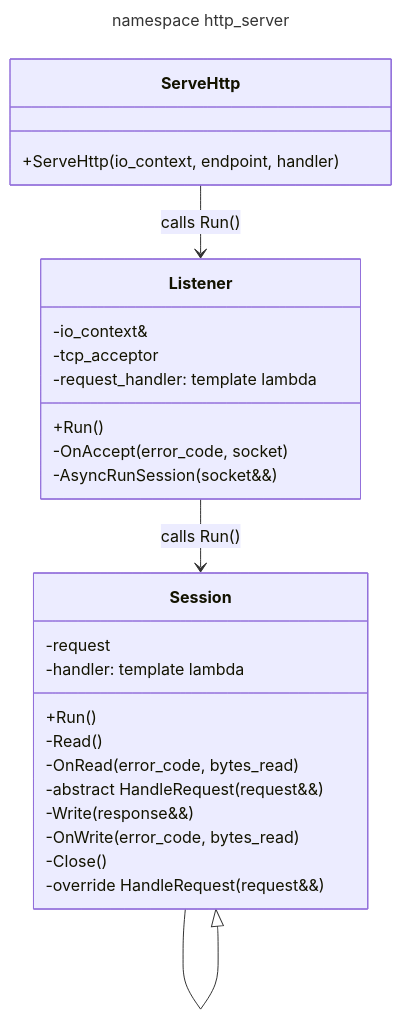
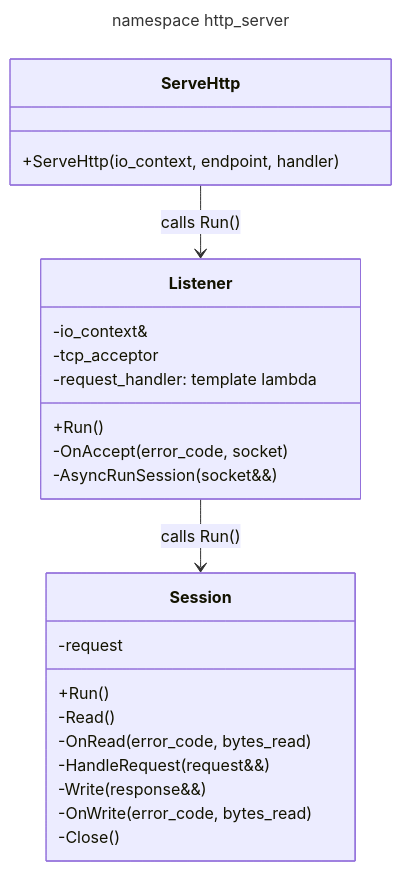
The first of 3 diagrams in uml_diagrams.md (LeeDoor/game_webserver), drawn with Mermaid before and after one commit. The commit also changed 2 other files, not shown here.

Commit message:
template_type_of_response

````diff
--- a/uml_diagrams.md
+++ b/uml_diagrams.md
@@ -5,35 +5,30 @@
 ```mermaid
 ---
 title: namespace http_server
 ---
 classDiagram
-class ServeHttp{
-+ServeHttp(io_context, endpoint, handler)
-}
-class Listener{
-+Run()
--OnAccept(error_code, socket)
--AsyncRunSession(socket&&)
--io_context&
--tcp_acceptor
--request_handler: template lambda
-}
-class Session{
-+Run()
--Read()
--OnRead(error_code, bytes_read)
--abstract HandleRequest(request&&)
--Write(response&&)
--OnWrite(error_code, bytes_read)
--Close()
--request
-}
-class Session{
--override HandleRequest(request&&)
--handler: template lambda
-}
+    class ServeHttp{
+        +ServeHttp(io_context, endpoint, handler)
+    }
+    class Listener{
+        +Run()
+        -OnAccept(error_code, socket)
+        -AsyncRunSession(socket&&)
+        -io_context&
+        -tcp_acceptor
+        -request_handler: template lambda
+    }
+    class Session{
+        +Run()
+        -Read()
+        -OnRead(error_code, bytes_read)
+        -HandleRequest(request&&)
+        -Write(response&&)
+        -OnWrite(error_code, bytes_read)
+        -Close()
+        -request
+    }
 
-ServeHttp-->Listener : calls Run()
-Listener-->Session : calls Run()
-Session--|>Session
+    ServeHttp-->Listener : calls Run()
+    Listener-->Session : calls Run()
 ```
````
